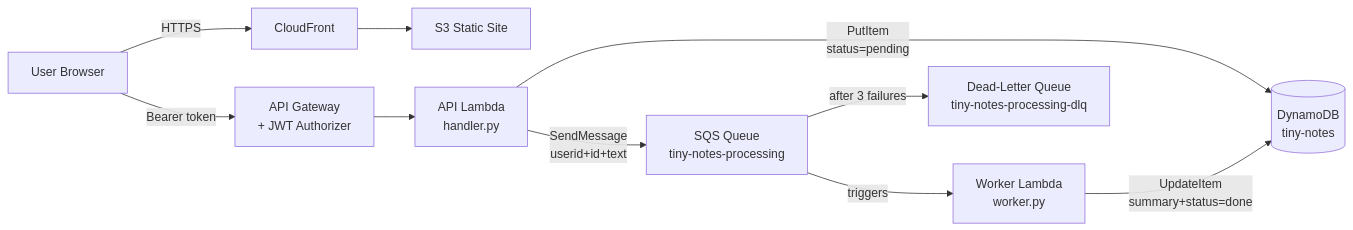
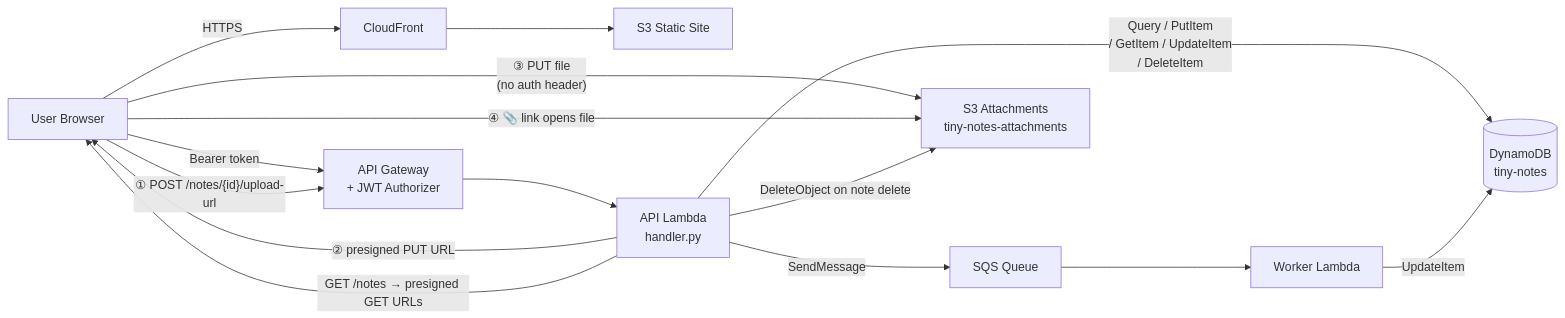
Before and after one commit to nahidacm/aws-practice-lab: the diagram in README.md, drawn with Mermaid. The commit also changed other lines of this file and 4 other files, not shown here.

````diff
--- a/README.md
+++ b/README.md
@@ -242,12 +232,18 @@
 ```mermaid
 flowchart LR
     U[User Browser] -->|HTTPS| CF[CloudFront]
-    CF --> S3[S3 Static Site]
+    CF --> S3W[S3 Static Site]
     U -->|Bearer token| APIGW[API Gateway\n+ JWT Authorizer]
     APIGW --> API[API Lambda\nhandler.py]
-    API -->|PutItem\nstatus=pending| DDB[(DynamoDB\ntiny-notes)]
-    API -->|SendMessage\nuserid+id+text| Q[SQS Queue\ntiny-notes-processing]
-    Q -->|triggers| W[Worker Lambda\nworker.py]
-    W -->|UpdateItem\nsummary+status=done| DDB
-    Q -->|after 3 failures| DLQ[Dead-Letter Queue\ntiny-notes-processing-dlq]
+    API -->|Query / PutItem\n/ GetItem / UpdateItem\n/ DeleteItem| DDB[(DynamoDB\ntiny-notes)]
+    API -->|SendMessage| Q[SQS Queue]
+    Q --> W[Worker Lambda]
+    W -->|UpdateItem| DDB
+
+    U -->|"① POST /notes/{id}/upload-url"| APIGW
+    API -->|"② presigned PUT URL"| U
+    U -->|"③ PUT file\n(no auth header)"| S3A[S3 Attachments\ntiny-notes-attachments]
+    API -->|"GET /notes → presigned GET URLs"| U
+    U -->|"④ 📎 link opens file"| S3A
+    API -->|DeleteObject on note delete| S3A
 ```
````
